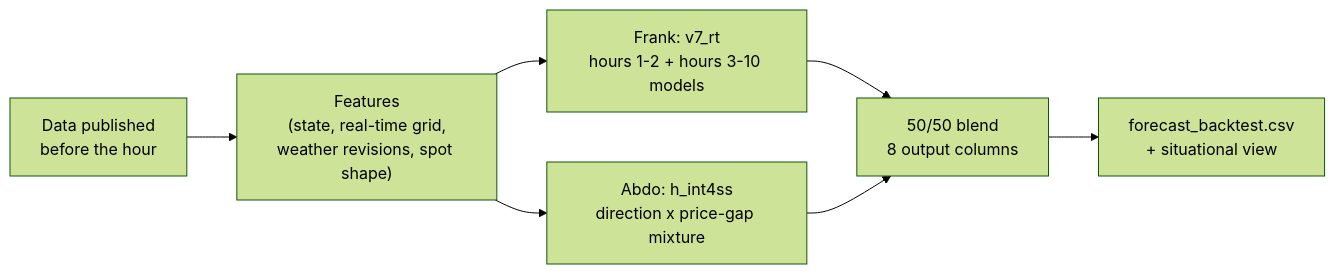
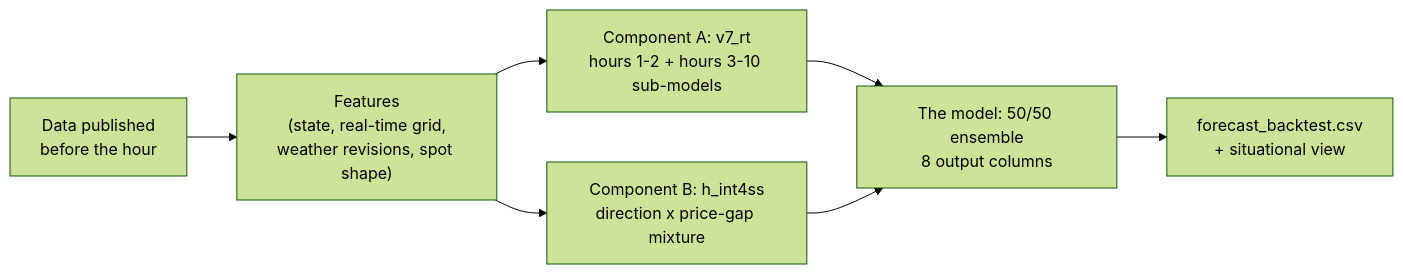
The diagram in model/README.md (Rdog69/turku-energy-since-ai), drawn with Mermaid (forest theme) before and after one commit. The commit also changed other lines of this file and 1 other file, not shown here.

First line of the commit message:
model and video READMEs: final versions

````diff
--- a/model/README.md
+++ b/model/README.md
@@ -50,9 +50,9 @@
 ```mermaid
 flowchart LR
   A["Data published<br/>before the hour"] --> B["Features<br/>(state, real-time grid,<br/>weather revisions, spot shape)"]
-  B --> C1["Frank: v7_rt<br/>hours 1-2 + hours 3-10 models"]
-  B --> C2["Abdo: h_int4ss<br/>direction x price-gap mixture"]
-  C1 --> D["50/50 blend<br/>8 output columns"]
+  B --> C1["Component A: v7_rt<br/>hours 1-2 + hours 3-10 sub-models"]
+  B --> C2["Component B: h_int4ss<br/>direction x price-gap mixture"]
+  C1 --> D["The model: 50/50 ensemble<br/>8 output columns"]
   C2 --> D
   D --> E["forecast_backtest.csv<br/>+ situational view"]
 ```
````
